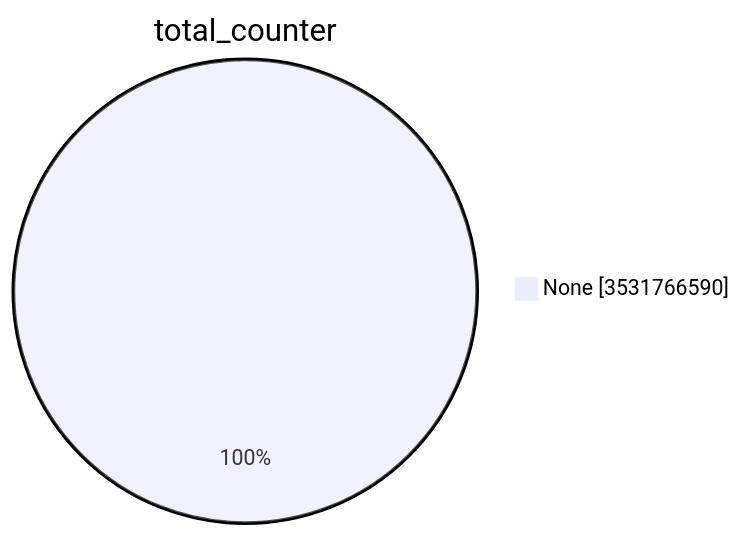
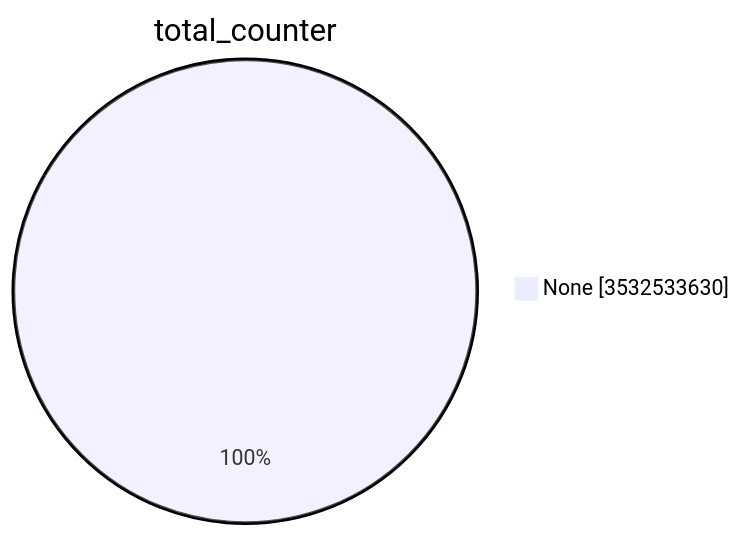
The first of 15 diagrams in TOTAL/README.md (christiankrug/ctmonitor_visualization), drawn with Mermaid before and after one commit. The commit also changed other lines of this file, not shown here.

````diff
--- a/TOTAL/README.md
+++ b/TOTAL/README.md
@@ -1,5 +1,5 @@
 ```mermaid
 pie showData
 title total_counter
-"None" :3531766590
+"None" :3532533630
 ```
````
